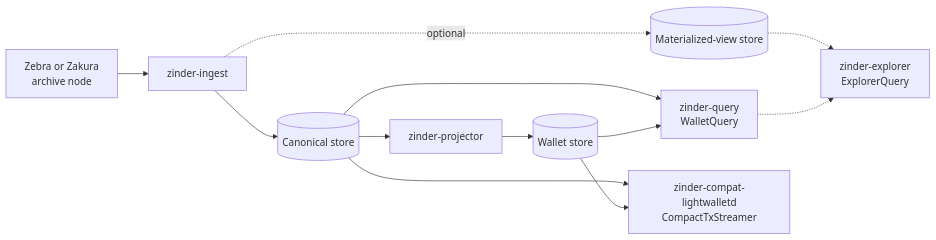
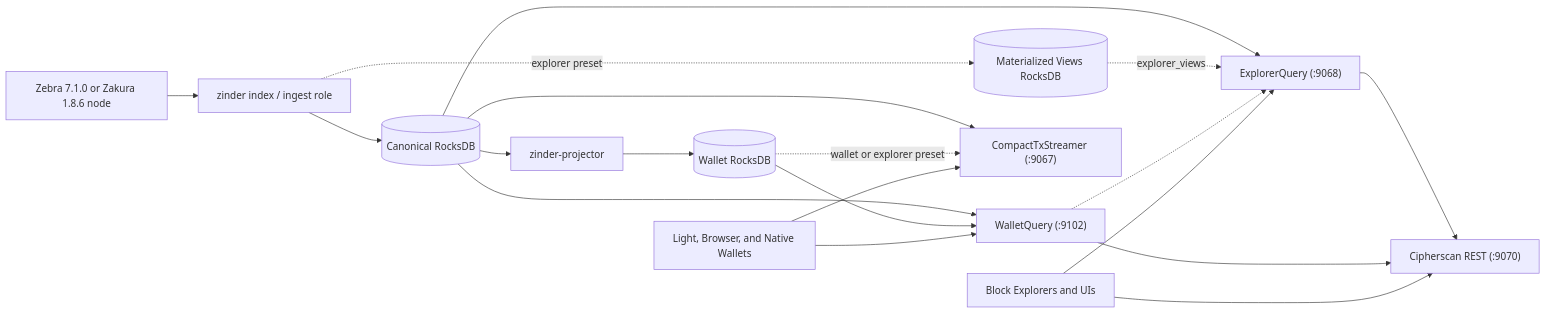
The first of 2 diagrams in docs/architecture/overview.md (ZcashFoundation/zinder), drawn with Mermaid before and after one commit. The commit also changed other lines of this file and 41 other files, not shown here.

Commit message:
docs(deploy,scripts): index scripts, add Mermaid architecture diagrams, and align docs to zinder

````diff
--- a/docs/architecture/overview.md
+++ b/docs/architecture/overview.md
@@ -45,14 +53,21 @@
 ```mermaid
 flowchart LR
-    Node["Zebra or Zakura<br/>archive node"] --> Ingest["zinder-ingest"]
-    Ingest --> Canonical[("Canonical store")]
-    Ingest -. optional .-> Views[("Materialized-view store")]
+    Node["Zebra 7.1.0 or Zakura 1.8.6 node"] --> Ingest["zinder index / ingest role"]
+    Ingest --> Canonical[("Canonical RocksDB")]
+    Ingest -. explorer preset .-> Views[("Materialized Views RocksDB")]
     Canonical --> Projector["zinder-projector"]
-    Projector --> Wallet[("Wallet store")]
-    Canonical --> Query["zinder-query<br/>WalletQuery"]
+    Projector --> Wallet[("Wallet RocksDB")]
+    Canonical --> Query["WalletQuery (:9102)"]
     Wallet --> Query
-    Canonical --> Compat["zinder-compat-lightwalletd<br/>CompactTxStreamer"]
-    Wallet --> Compat
-    Views -.-> Explorer["zinder-explorer<br/>ExplorerQuery"]
+    Canonical --> Compat["CompactTxStreamer (:9067)"]
+    Wallet -. wallet or explorer preset .-> Compat
+    Canonical --> Explorer["ExplorerQuery (:9068)"]
+    Views -. explorer_views .-> Explorer
     Query -.-> Explorer
+    Explorer --> Cipherscan["Cipherscan REST (:9070)"]
+    Query --> Cipherscan
+    Wallets["Light, Browser, and Native Wallets"] --> Compat
+    Wallets --> Query
+    Explorers["Block Explorers and UIs"] --> Explorer
+    Explorers --> Cipherscan
 ```
````
